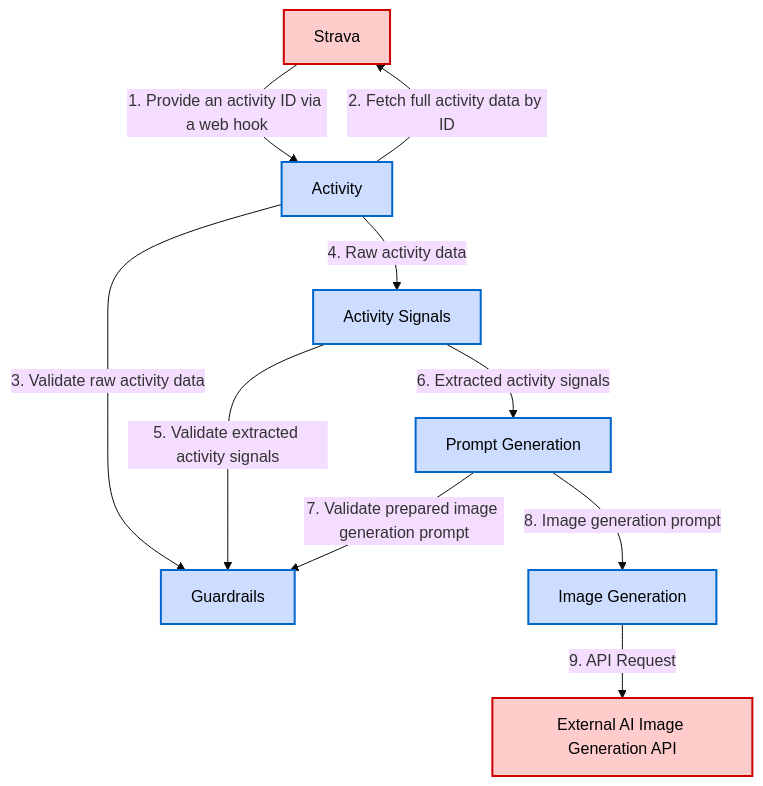
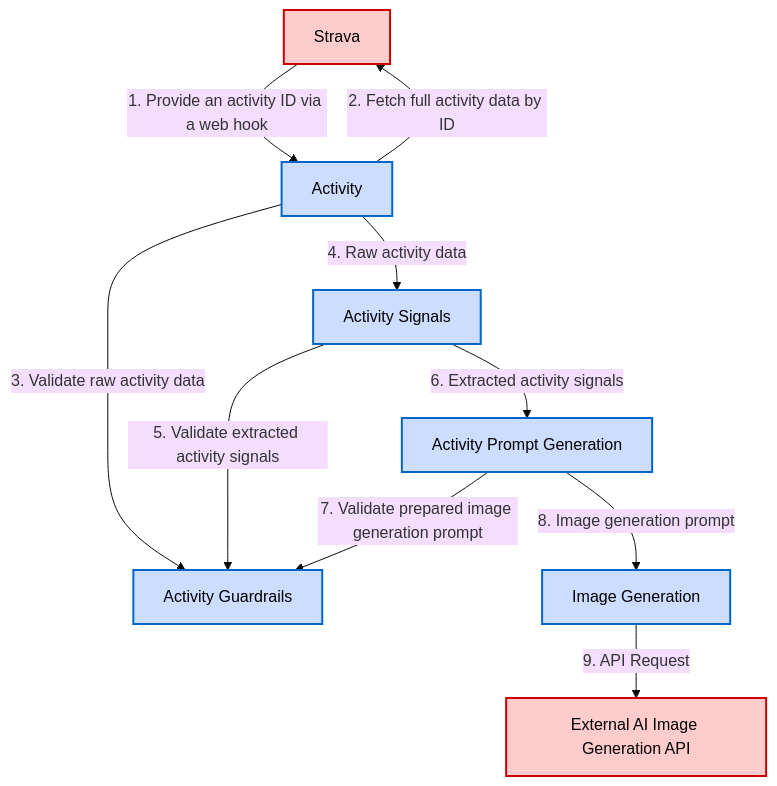
One commit to torqlab/torq changed the second of 2 diagrams in openspec/project.md. Above: the diagram before and after it, drawn with Mermaid (base theme). The commit also changed other lines of this file and 2 other files, not shown here.

Commit message:
Refactor project documentation to clarify module responsibilities and naming conventions, specifically updating references to 'Guardrails' to 'Activity Guardrails' and enhancing the Activity Prompt Generation specifications for improved understanding and consistency.

````diff
--- a/openspec/project.md
+++ b/openspec/project.md
@@ -301,32 +301,32 @@
 ```mermaid
 graph TD
     %% External Systems
     Strava[Strava]
     ImageGenAPI[External AI Image Generation API]
     
     %% Core Modules
-    Guardrails[Guardrails]
+    ActivityGuardrails[Activity Guardrails]
     Activity[Activity]
     ActivitySignals[Activity Signals]
-    PromptGeneration[Prompt Generation]
+    ActivityPromptGeneration[Activity Prompt Generation]
     ImageGeneration[Image Generation]
     
     %% Data Flow and Dependencies
     Strava -->|1. Provide an activity ID via a web hook| Activity
     Activity -->|2. Fetch full activity data by ID| Strava
-    Activity -->|3. Validate raw activity data| Guardrails
+    Activity -->|3. Validate raw activity data| ActivityGuardrails
     Activity -->|4. Raw activity data| ActivitySignals
-    ActivitySignals -->|5. Validate extracted activity signals| Guardrails
-    ActivitySignals -->|6. Extracted activity signals| PromptGeneration
-    PromptGeneration -->|7. Validate prepared image generation prompt| Guardrails
-    PromptGeneration -->|8. Image generation prompt| ImageGeneration
+    ActivitySignals -->|5. Validate extracted activity signals| ActivityGuardrails
+    ActivitySignals -->|6. Extracted activity signals| ActivityPromptGeneration
+    ActivityPromptGeneration -->|7. Validate prepared image generation prompt| ActivityGuardrails
+    ActivityPromptGeneration -->|8. Image generation prompt| ImageGeneration
     ImageGeneration -->|9. API Request| ImageGenAPI
     
     %% Styling
     classDef external fill:#ffcccc,stroke:#cc0000,stroke-width:2px,color:#000
     classDef core fill:#ccddff,stroke:#0066cc,stroke-width:2px,color:#000
     classDef data fill:#ffffcc,stroke:#cccc00,stroke-width:1px,stroke-dasharray: 5 5
     
     class Strava,ImageGenAPI external
-    class Guardrails,Activity,ActivitySignals,PromptGeneration,ImageGeneration core
+    class ActivityGuardrails,Activity,ActivitySignals,ActivityPromptGeneration,ImageGeneration core
 ```
````
